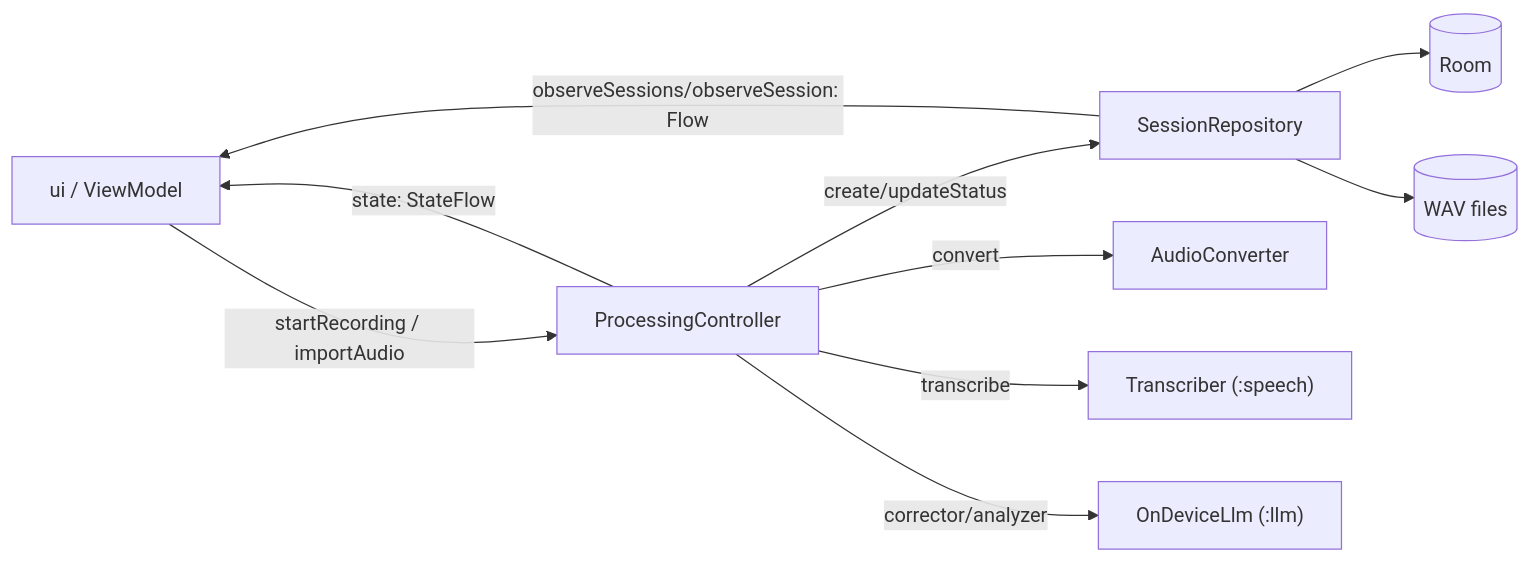
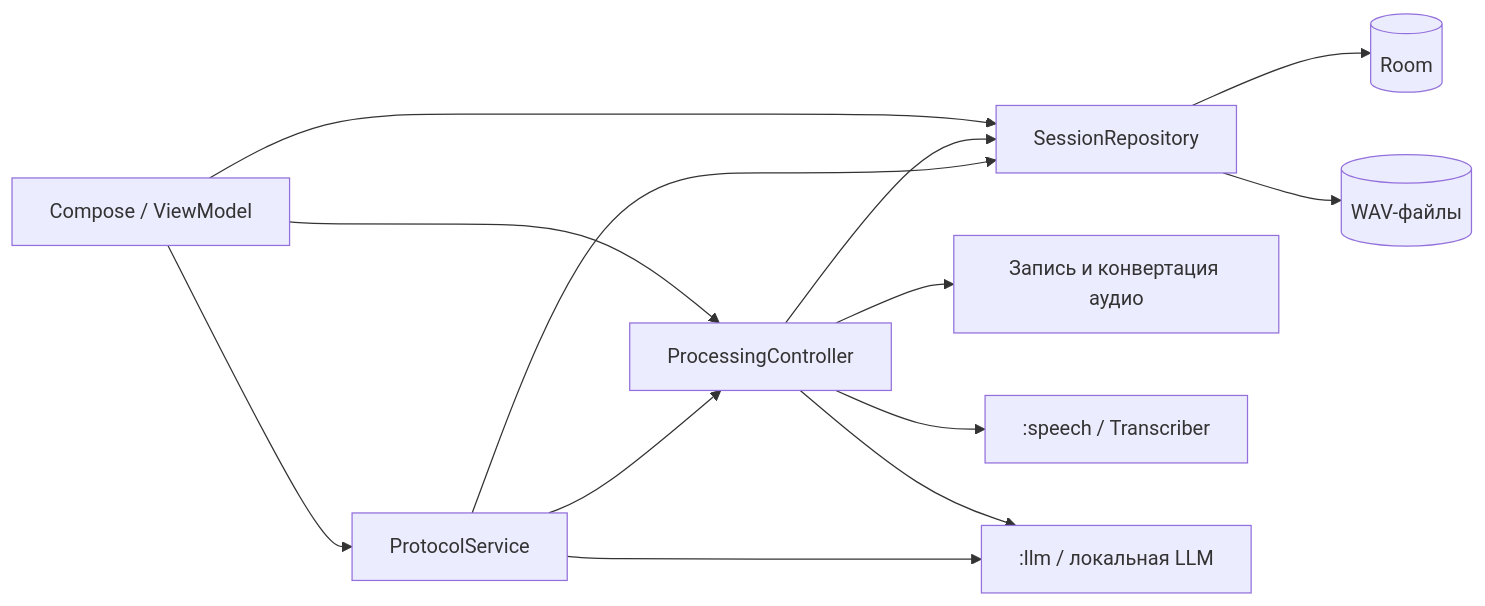
One commit to god4claw/onwin changed the first of 2 diagrams in docs/ARCHITECTURE_APP.md. Above: the diagram before and after it, drawn with Mermaid. The commit also changed other lines of this file and 18 other files, not shown here.

````diff
--- a/docs/ARCHITECTURE_APP.md
+++ b/docs/ARCHITECTURE_APP.md
@@ -116,11 +34,15 @@
 ```mermaid
 flowchart LR
-    UI["ui / ViewModel"] -->|"startRecording / importAudio"| PC["ProcessingController"]
-    PC -->|"create/updateStatus"| REPO["SessionRepository"]
-    REPO --> ROOM[(Room)] & FS[(WAV files)]
-    PC -->|"convert"| AC["AudioConverter"]
-    PC -->|"transcribe"| SP["Transcriber (:speech)"]
-    PC -->|"corrector/analyzer"| LLM["OnDeviceLlm (:llm)"]
-    PC -->|"state: StateFlow"| UI
-    REPO -->|"observeSessions/observeSession: Flow"| UI
+    UI["Compose / ViewModel"] --> PC["ProcessingController"]
+    UI --> PS["ProtocolService"]
+    UI --> REPO["SessionRepository"]
+    PC --> REPO
+    PC --> AUDIO["Запись и конвертация аудио"]
+    PC --> SPEECH[":speech / Transcriber"]
+    PC --> LLM[":llm / локальная LLM"]
+    PS --> PC
+    PS --> REPO
+    PS --> LLM
+    REPO --> ROOM[("Room")]
+    REPO --> FILES[("WAV-файлы")]
 ```
````
